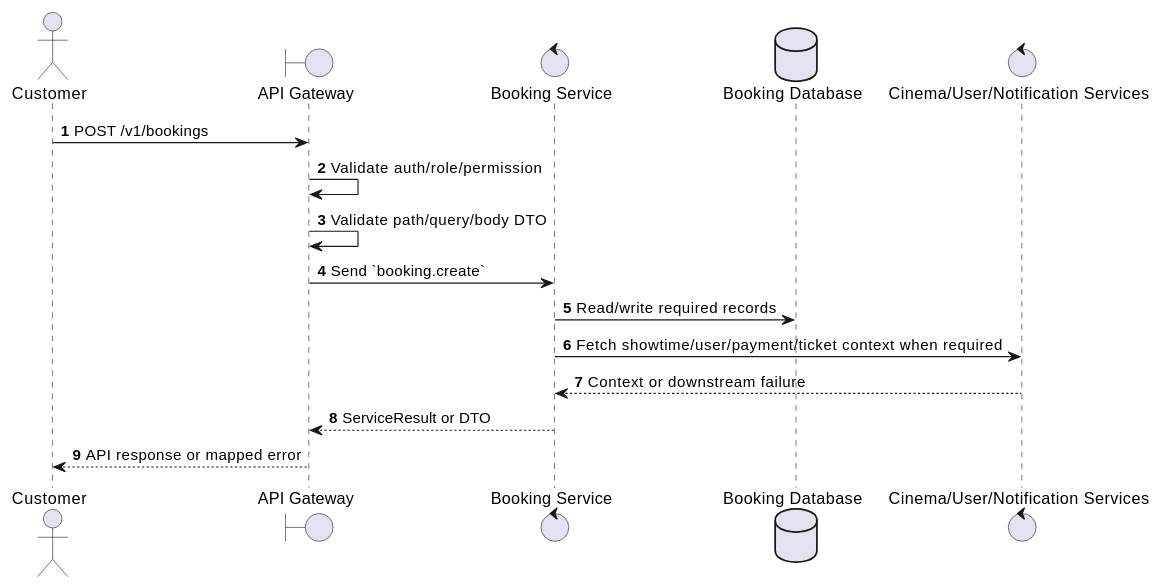
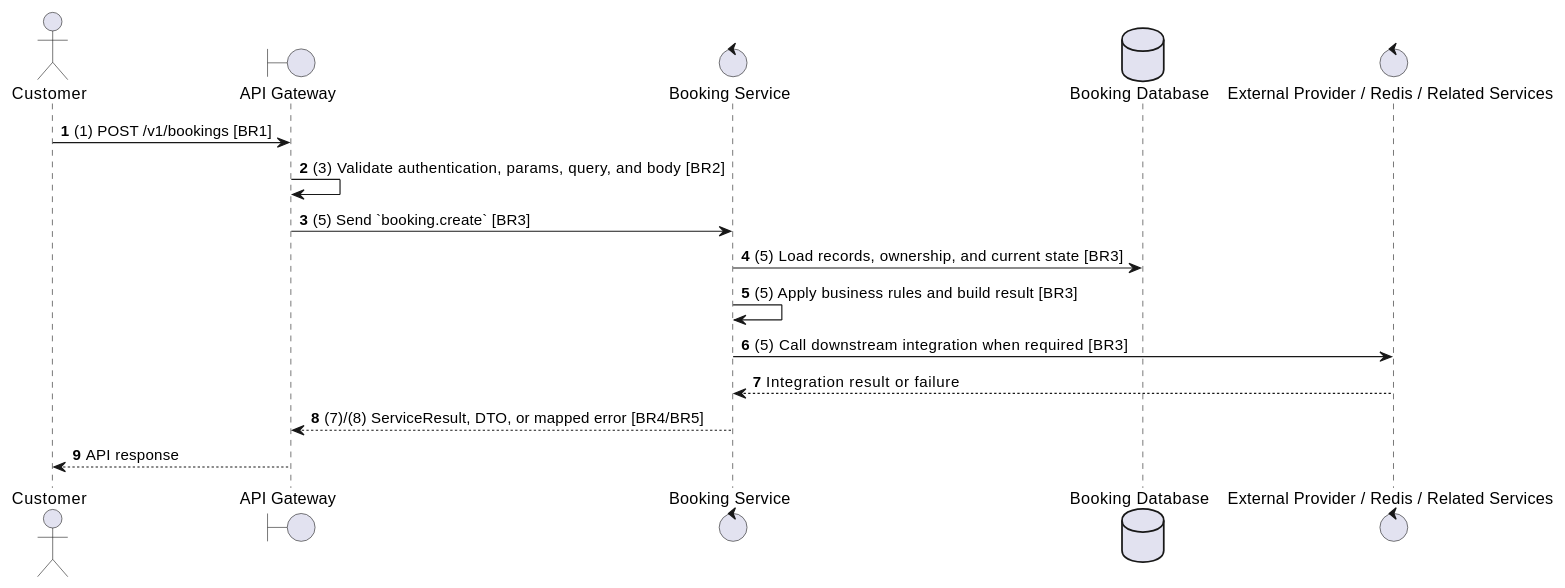
Before and after one commit to Tanh1603/movie-hub-architecture: the second of 2 diagrams in docs/functional_specs/3.5.1_User_Booking_Operations/BK-01_Create_Booking.md, drawn with PlantUML. The commit also changed other lines of this file and 129 other files, not shown here.

````diff
--- a/docs/functional_specs/3.5.1_User_Booking_Operations/BK-01_Create_Booking.md
+++ b/docs/functional_specs/3.5.1_User_Booking_Operations/BK-01_Create_Booking.md
@@ -17,20 +64,20 @@
 ```plantuml
 @startuml
 autonumber
 actor "Customer" as Actor
 boundary "API Gateway" as GW
 control "Booking Service" as SVC
 database "Booking Database" as DB
-control "Cinema/User/Notification Services" as EXT
+control "External Provider / Redis / Related Services" as EXT
 
-Actor -> GW: POST /v1/bookings
-GW -> GW: Validate auth/role/permission
-GW -> GW: Validate path/query/body DTO
-GW -> SVC: Send `booking.create`
-SVC -> DB: Read/write required records
-SVC -> EXT: Fetch showtime/user/payment/ticket context when required
-EXT --> SVC: Context or downstream failure
-SVC --> GW: ServiceResult or DTO
-GW --> Actor: API response or mapped error
+Actor -> GW: (1) POST /v1/bookings [BR1]
+GW -> GW: (3) Validate authentication, params, query, and body [BR2]
+GW -> SVC: (5) Send `booking.create` [BR3]
+SVC -> DB: (5) Load records, ownership, and current state [BR3]
+SVC -> SVC: (5) Apply business rules and build result [BR3]
+SVC -> EXT: (5) Call downstream integration when required [BR3]
+EXT --> SVC: Integration result or failure
+SVC --> GW: (7)/(8) ServiceResult, DTO, or mapped error [BR4/BR5]
+GW --> Actor: API response
 @enduml
 ```
````
